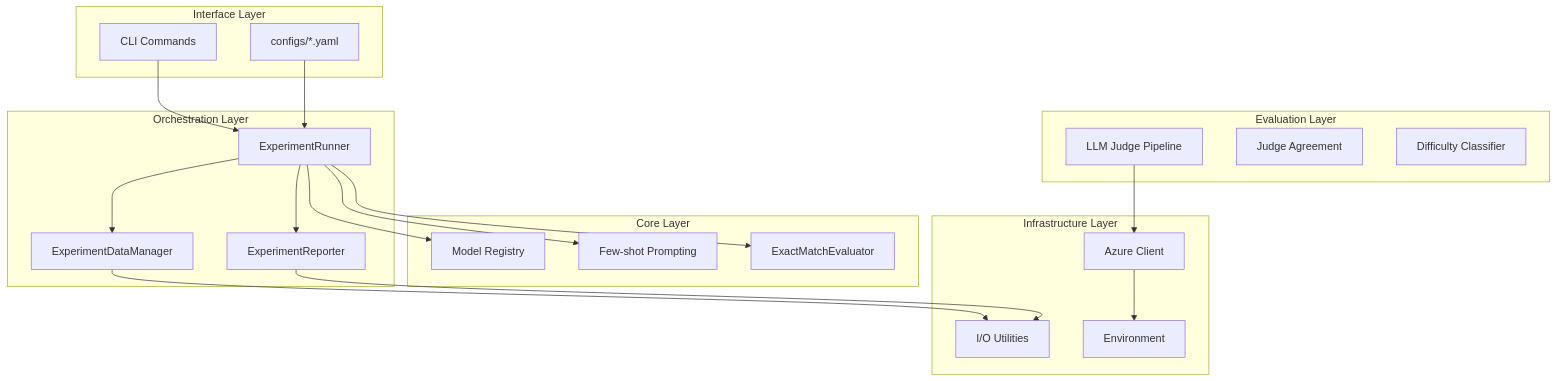
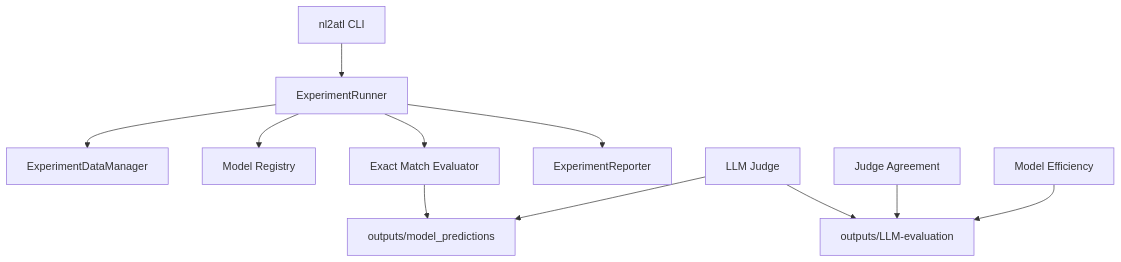
Before and after one commit to vladanaSTM/nl2atl: the first of 3 diagrams in docs/architecture.md, drawn with Mermaid. The commit also changed other lines of this file and 16 other files, not shown here.

````diff
--- a/docs/architecture.md
+++ b/docs/architecture.md
@@ -9,43 +7,14 @@
 ```mermaid
-graph TB
-    subgraph "Interface Layer"
-        CLI[CLI Commands]
-        CFG[configs/*.yaml]
-    end
+flowchart TD
+  CLI[nl2atl CLI] --> Runner[ExperimentRunner]
+  Runner --> Data[ExperimentDataManager]
+  Runner --> Models[Model Registry]
+  Runner --> Eval[Exact Match Evaluator]
+  Runner --> Report[ExperimentReporter]
+  Eval --> Outputs[outputs/model_predictions]
 
-    subgraph "Orchestration Layer"
-        RUN[ExperimentRunner]
-        REP[ExperimentReporter]
-        DATA[ExperimentDataManager]
-    end
-
-    subgraph "Core Layer"
-        MOD[Model Registry]
-        PROMPT[Few-shot Prompting]
-        EVAL[ExactMatchEvaluator]
-    end
-
-    subgraph "Evaluation Layer"
-        LJ[LLM Judge Pipeline]
-        AGREE[Judge Agreement]
-        DIFF[Difficulty Classifier]
-    end
-
-    subgraph "Infrastructure Layer"
-        AZURE[Azure Client]
-        IO[I/O Utilities]
-        ENV[Environment]
-    end
-
-    CLI --> RUN
-    CFG --> RUN
-    RUN --> DATA
-    RUN --> MOD
-    RUN --> PROMPT
-    RUN --> EVAL
-    RUN --> REP
-    LJ --> AZURE
-    DATA --> IO
-    REP --> IO
-    AZURE --> ENV
+  Judge[LLM Judge] --> Outputs
+  Judge --> EvalOut[outputs/LLM-evaluation]
+  Agreement[Judge Agreement] --> EvalOut
+  Efficiency[Model Efficiency] --> EvalOut
 ```
````
